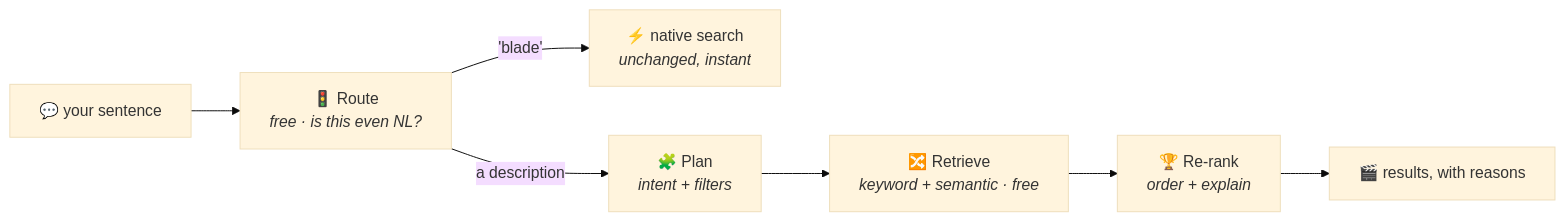
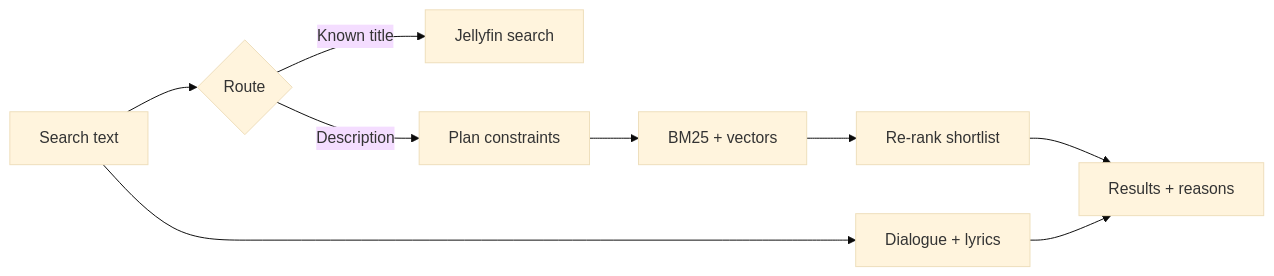
The diagram in README.md (nitramivel/jellyfin-concierge), drawn with Mermaid (base theme) before and after one commit. The commit also changed other lines of this file and 20 other files, not shown here.

````diff
--- a/README.md
+++ b/README.md
@@ -40,9 +35,11 @@
 ```mermaid
 flowchart LR
-    Q["💬 your sentence"] --> R["🚦 Route<br/><i>free · is this even NL?</i>"]
-    R -->|"'blade'"| N["⚡ native search<br/><i>unchanged, instant</i>"]
-    R -->|"a description"| P["🧩 Plan<br/><i>intent + filters</i>"]
-    P --> H["🔀 Retrieve<br/><i>keyword + semantic · free</i>"]
-    H --> K["🏆 Re-rank<br/><i>order + explain</i>"]
-    K --> O["🎬 results, with reasons"]
+    Q[Search text] --> R{Route}
+    R -->|Known title| N[Jellyfin search]
+    R -->|Description| P[Plan constraints]
+    P --> H[BM25 + vectors]
+    H --> K[Re-rank shortlist]
+    K --> O[Results + reasons]
+    Q --> D[Dialogue + lyrics]
+    D --> O
 ```
````
